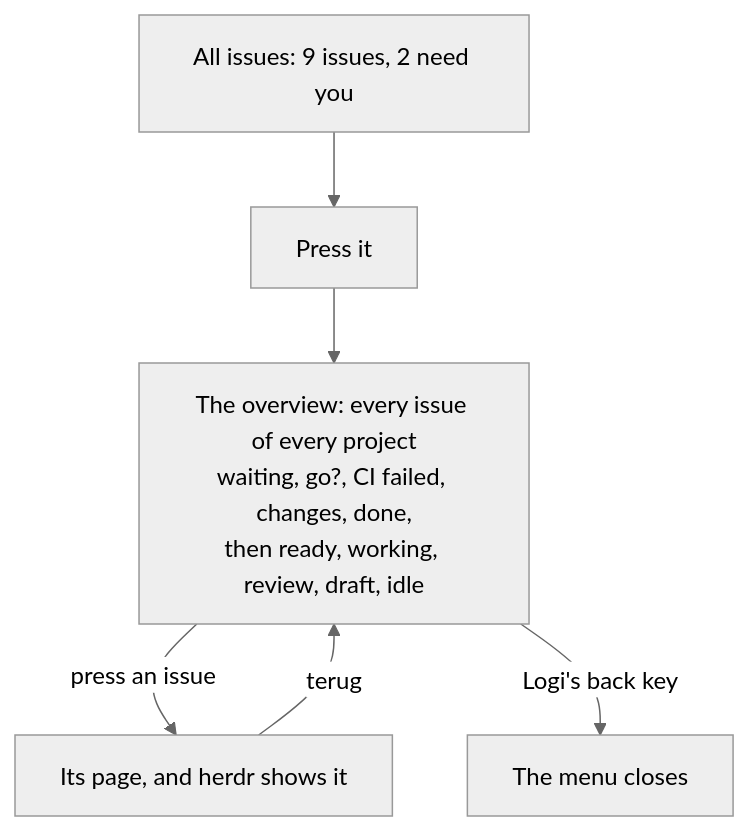
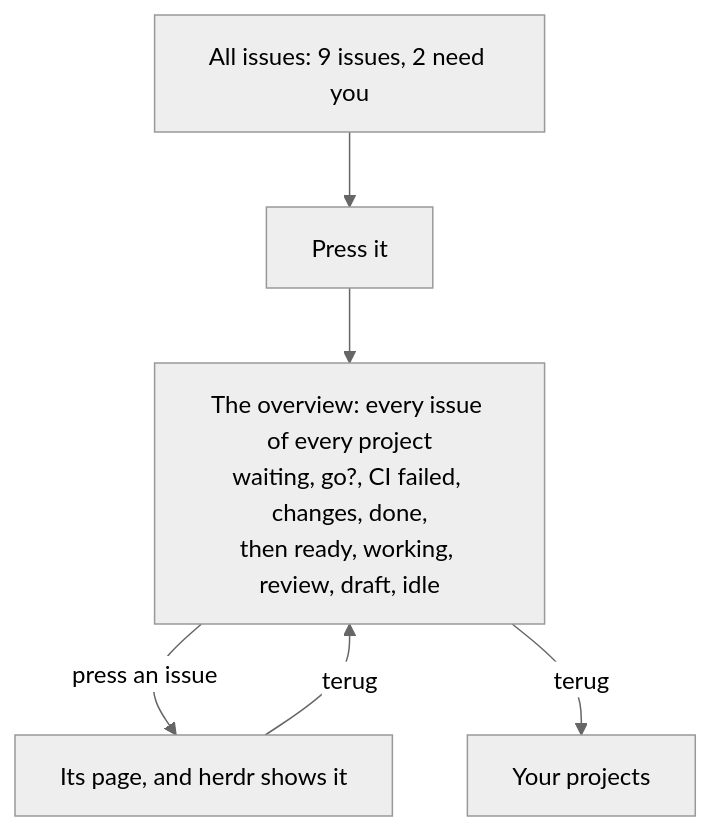
Before and after one commit to PieterLuypaert/helm: the sixth of 7 diagrams in docs/flows.md, drawn with Mermaid (neutral theme). The commit also changed other lines of this file and 4 other files, not shown here.

Commit message:
docs: show the issue count, All issues on the projects page and every way back

````diff
--- a/docs/flows.md
+++ b/docs/flows.md
@@ -164,8 +167,8 @@
 ```mermaid
 flowchart TD
     look["All issues: 9 issues, 2 need you"] --> press["Press it"]
     press --> overview["The overview: every issue of every project<br/>waiting, go?, CI failed, changes, done,<br/>then ready, working, review, draft, idle"]
     overview -->|"press an issue"| issue["Its page, and herdr shows it"]
     issue -->|"terug"| overview
-    overview -->|"Logi's back key"| closed["The menu closes"]
+    overview -->|"terug"| projects["Your projects"]
 ```
````
